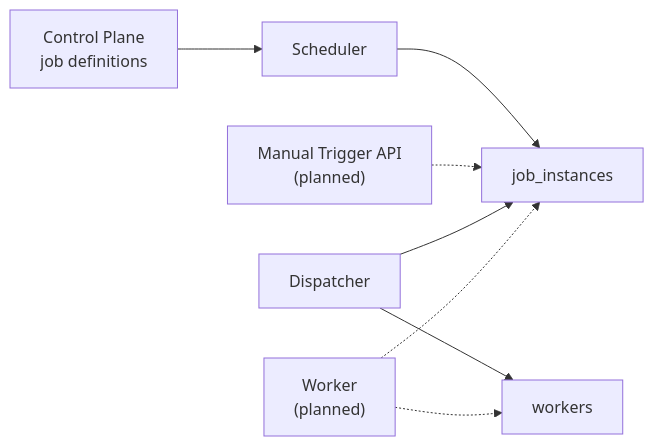
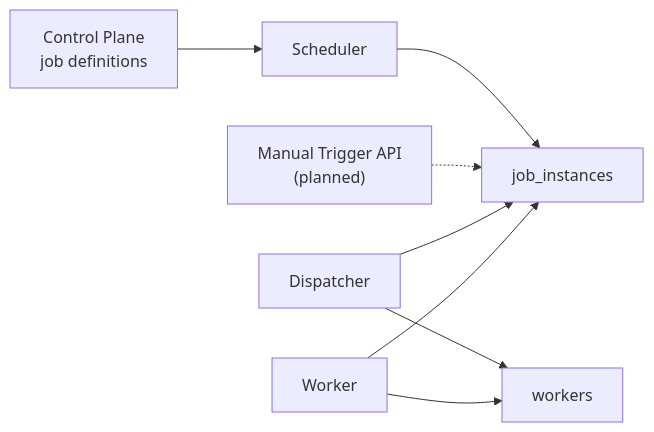
The first of 2 diagrams in docs/execution-plane.md (s3loy/orbitjob), drawn with Mermaid before and after one commit. The commit also changed other lines of this file and 4 other files, not shown here.

````diff
--- a/docs/execution-plane.md
+++ b/docs/execution-plane.md
@@ -34,10 +31,10 @@
 ```mermaid
 flowchart LR
     Control["Control Plane<br/>job definitions"] --> Scheduler["Scheduler"]
     Scheduler --> InstanceRepo["job_instances"]
     Manual["Manual Trigger API<br/>(planned)"] -.-> InstanceRepo
     Dispatcher["Dispatcher"] --> InstanceRepo
     Dispatcher --> WorkerRepo["workers"]
-    Worker["Worker<br/>(planned)"] -.-> WorkerRepo
-    Worker -.-> InstanceRepo
+    Worker["Worker"] --> WorkerRepo
+    Worker --> InstanceRepo
 ```
````
